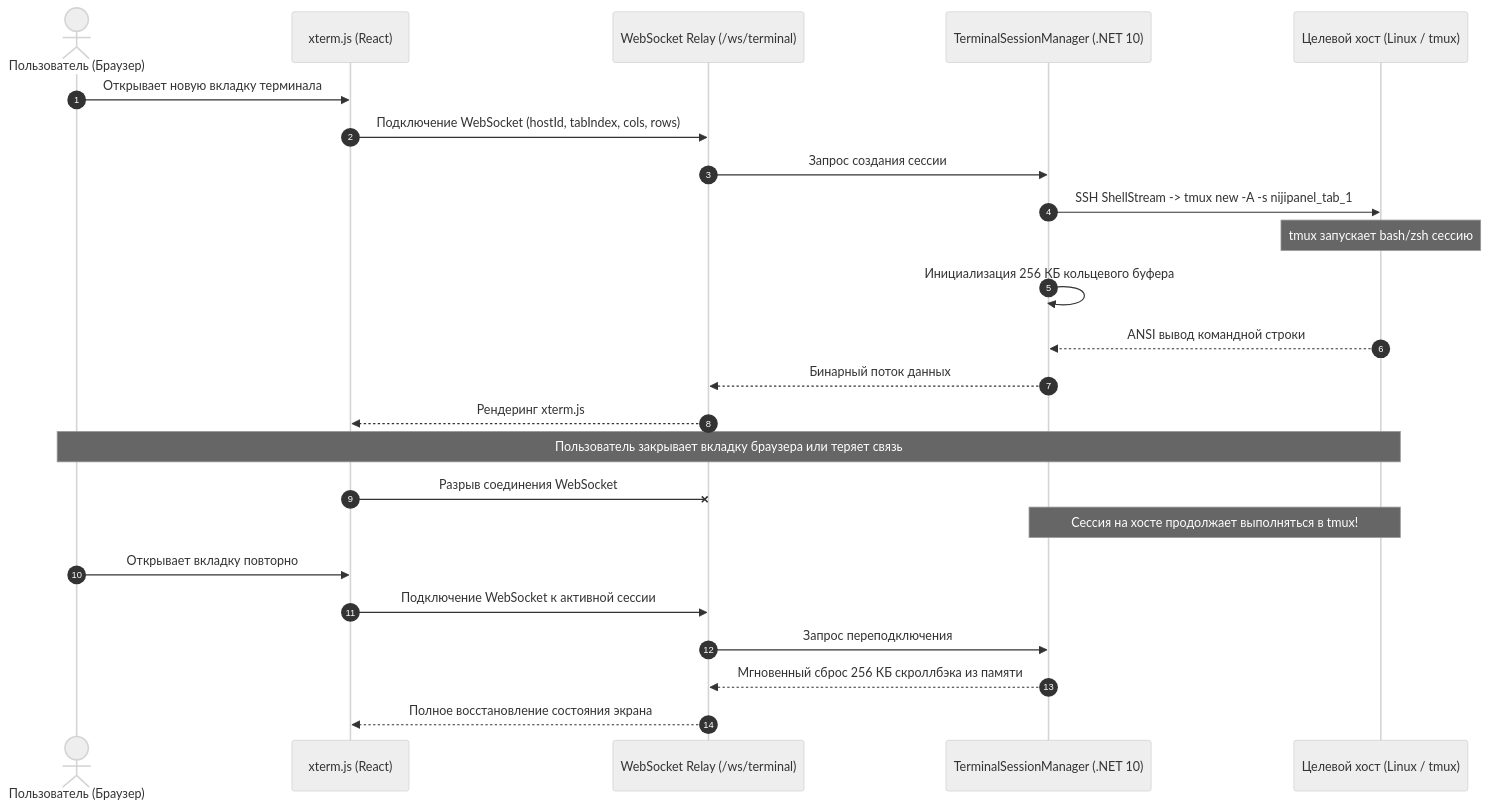
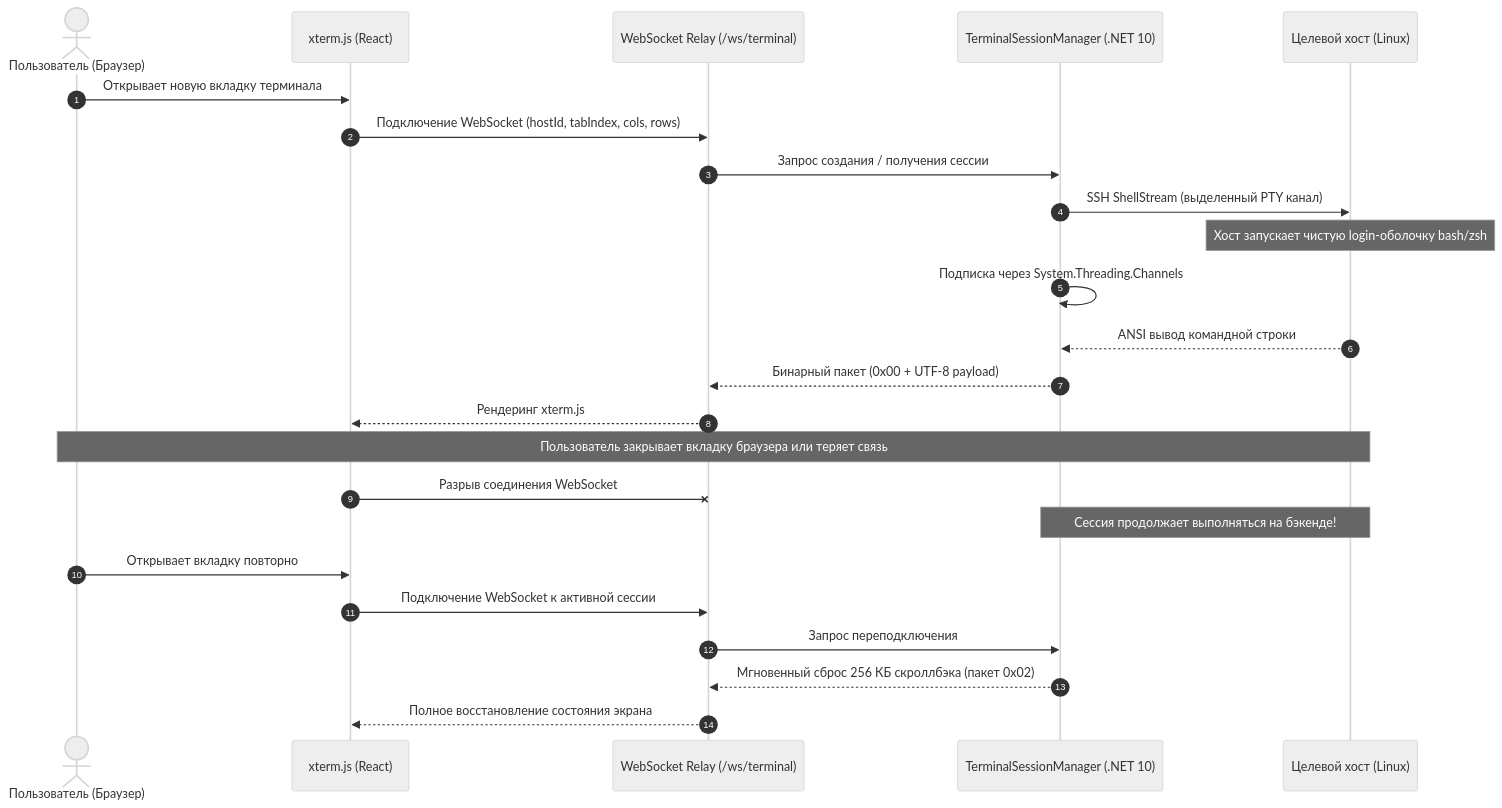
One commit to perdub/NijiPanel changed the diagram in docs/terminal.md. Above: the diagram before and after it, drawn with Mermaid (neutral theme). The commit also changed other lines of this file and 31 other files, not shown here.

Commit message:
feat(core): overhaul terminal pty without tmux, fix database cascade, security and caching

````diff
--- a/docs/terminal.md
+++ b/docs/terminal.md
@@ -20,29 +22,29 @@
 ```mermaid
 sequenceDiagram
     autonumber
     actor User as Пользователь (Браузер)
     participant UI as xterm.js (React)
     participant WS as WebSocket Relay (/ws/terminal)
     participant Backend as TerminalSessionManager (.NET 10)
-    participant Host as Целевой хост (Linux / tmux)
+    participant Host as Целевой хост (Linux)
 
     User->>UI: Открывает новую вкладку терминала
     UI->>WS: Подключение WebSocket (hostId, tabIndex, cols, rows)
-    WS->>Backend: Запрос создания сессии
-    Backend->>Host: SSH ShellStream -> tmux new -A -s nijipanel_tab_1
-    Note over Host: tmux запускает bash/zsh сессию
-    Backend->>Backend: Инициализация 256 КБ кольцевого буфера
+    WS->>Backend: Запрос создания / получения сессии
+    Backend->>Host: SSH ShellStream (выделенный PTY канал)
+    Note over Host: Хост запускает чистую login-оболочку bash/zsh
+    Backend->>Backend: Подписка через System.Threading.Channels
     Host-->>Backend: ANSI вывод командной строки
-    Backend-->>WS: Бинарный поток данных
+    Backend-->>WS: Бинарный пакет (0x00 + UTF-8 payload)
     WS-->>UI: Рендеринг xterm.js
 
     Note over User,Host: Пользователь закрывает вкладку браузера или теряет связь
     UI-xWS: Разрыв соединения WebSocket
-    Note over Backend,Host: Сессия на хосте продолжает выполняться в tmux!
+    Note over Backend,Host: Сессия продолжает выполняться на бэкенде!
     
     User->>UI: Открывает вкладку повторно
     UI->>WS: Подключение WebSocket к активной сессии
     WS->>Backend: Запрос переподключения
-    Backend-->>WS: Мгновенный сброс 256 КБ скроллбэка из памяти
+    Backend-->>WS: Мгновенный сброс 256 КБ скроллбэка (пакет 0x02)
     WS-->>UI: Полное восстановление состояния экрана
 ```
````
